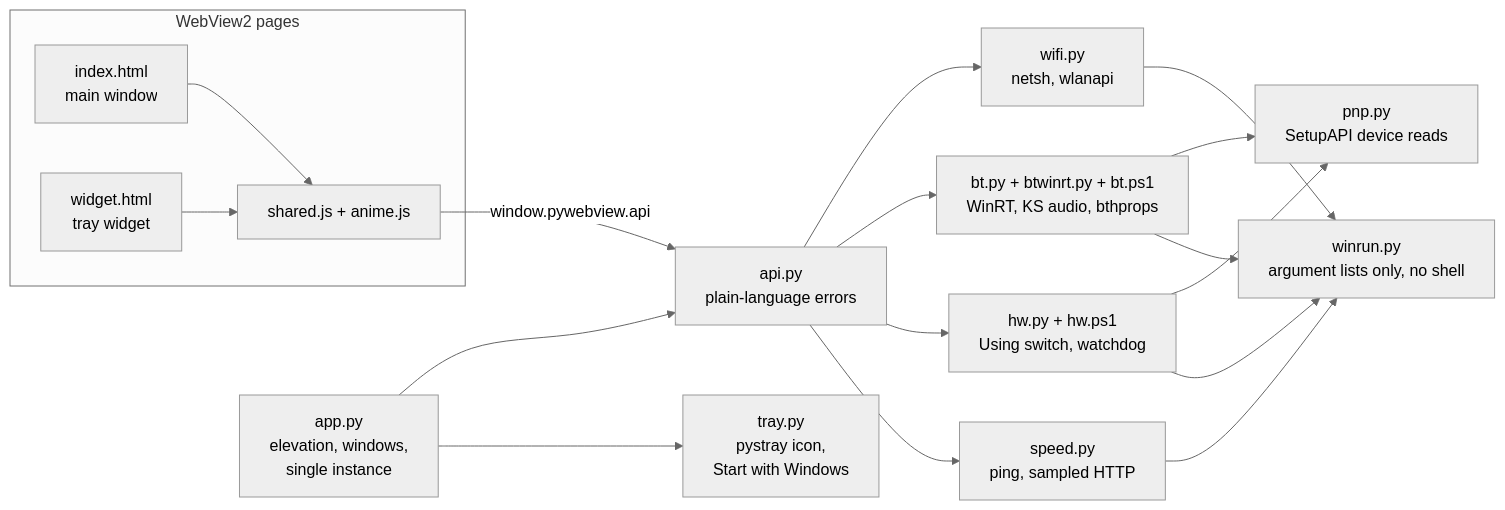
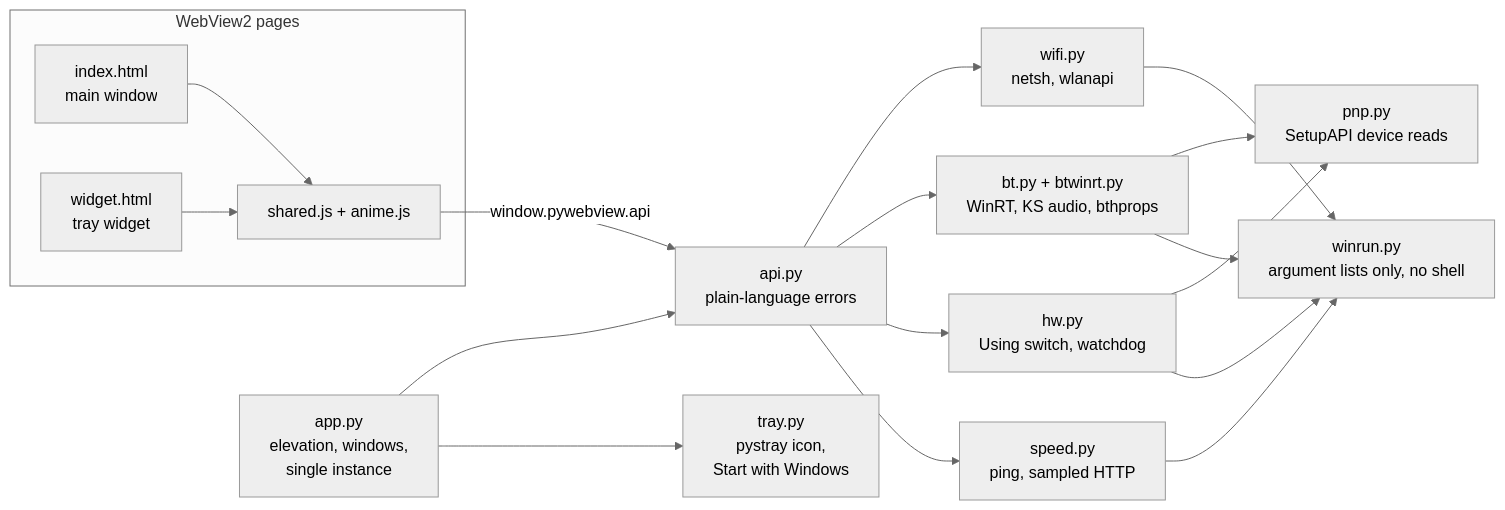
One commit to ApurvDas/unigen-manager changed the diagram in README.md. Above: the diagram before and after it, drawn with Mermaid (neutral theme). The commit also changed other lines of this file and 16 other files, not shown here.

````diff
--- a/README.md
+++ b/README.md
@@ -225,23 +225,23 @@
 ```mermaid
 flowchart LR
     subgraph Pages["WebView2 pages"]
         index["index.html<br/>main window"]
         widget["widget.html<br/>tray widget"]
         shared["shared.js + anime.js"]
     end
     app["app.py<br/>elevation, windows,<br/>single instance"] --> api
     app --> tray["tray.py<br/>pystray icon,<br/>Start with Windows"]
     index --> shared
     widget --> shared
     shared -- "window.pywebview.api" --> api["api.py<br/>plain-language errors"]
     api --> wifi["wifi.py<br/>netsh, wlanapi"]
-    api --> bt["bt.py + btwinrt.py + bt.ps1<br/>WinRT, KS audio, bthprops"]
-    api --> hw["hw.py + hw.ps1<br/>Using switch, watchdog"]
+    api --> bt["bt.py + btwinrt.py<br/>WinRT, KS audio, bthprops"]
+    api --> hw["hw.py<br/>Using switch, watchdog"]
     hw --> pnp["pnp.py<br/>SetupAPI device reads"]
     bt --> pnp
     api --> speed["speed.py<br/>ping, sampled HTTP"]
     hw --> winrun
     wifi --> winrun["winrun.py<br/>argument lists only, no shell"]
     bt --> winrun
     speed --> winrun
 ```
````
